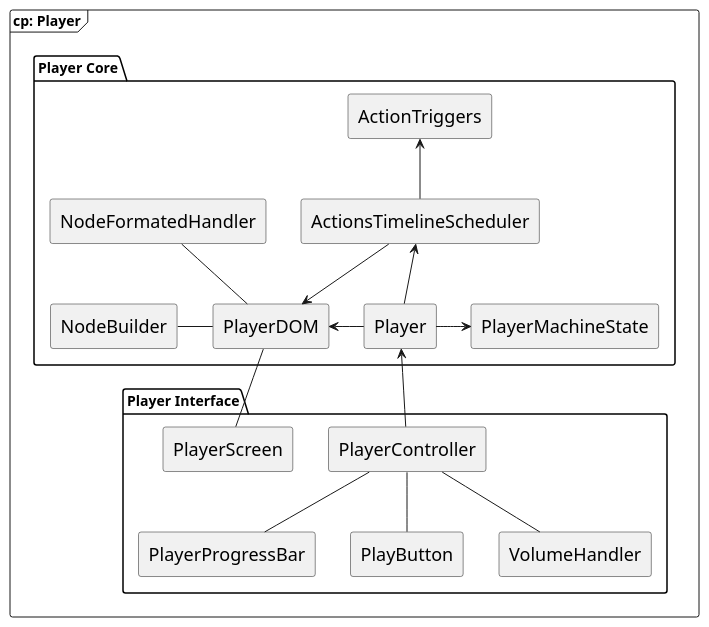
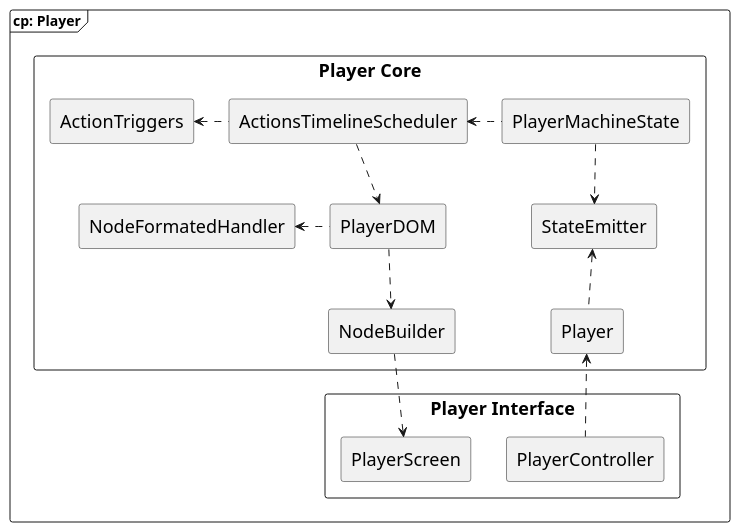
Before and after one commit to SSMM0498/arkad-conception: the diagram in models/6.Component/2.player.puml, drawn with PlantUML. The commit also changed 3 other files, not shown here.

```diff
--- a/models/6.Component/2.player.puml
+++ b/models/6.Component/2.player.puml
@@ -1,29 +1,27 @@
 @startuml "Player Component Diagram"
 skinparam shadowing false
 skinparam monochrome true
 skinparam componentStyle rectangle
 skinparam component {
   FontSize 18
 }
 
 frame "cp: Player" {
-    package "Player Core" {
-        [Player] -up-> [ActionsTimelineScheduler]
-        [ActionsTimelineScheduler] -up-> [ActionTriggers]
-        [Player] -left-> [PlayerDOM]
-        [Player] -right-> [PlayerMachineState]
-        [ActionsTimelineScheduler] -down-> [PlayerDOM]
-        [PlayerDOM] -left- [NodeBuilder]
-        [PlayerDOM] -up- [NodeFormatedHandler]
+    component "Player Core" {
+        [PlayerMachineState] .left.> [ActionsTimelineScheduler]
+        [ActionsTimelineScheduler] .left.> [ActionTriggers]
+        [Player] .up.> [StateEmitter]
+        [StateEmitter] <.up. [PlayerMachineState]
+        [ActionsTimelineScheduler] .down.> [PlayerDOM]
+        [PlayerDOM] .down.> [NodeBuilder]
+        [PlayerDOM] .left.> [NodeFormatedHandler]
     }
 
-    package "Player Interface" {
+    component "Player Interface" {
         [PlayerScreen]
-        [PlayerController] -down- [PlayerProgressBar]
-        [PlayerController] -down- [PlayButton]
-        [PlayerController] -down- [VolumeHandler]
+        [PlayerController]
     }
-    [PlayerScreen] -up- [PlayerDOM]
-    [PlayerController] -up-> [Player]
+    [PlayerScreen] <.up. [NodeBuilder]
+    [PlayerController] .up.> [Player]
 }
 @enduml
```
